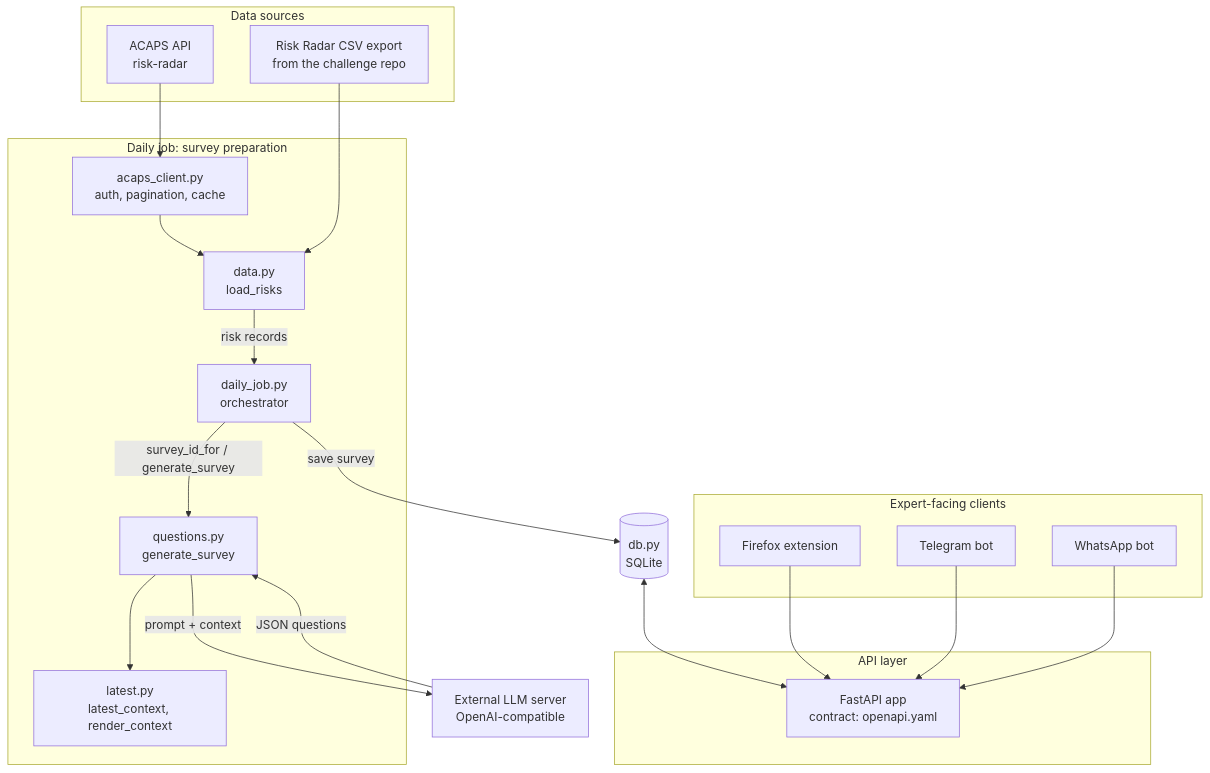
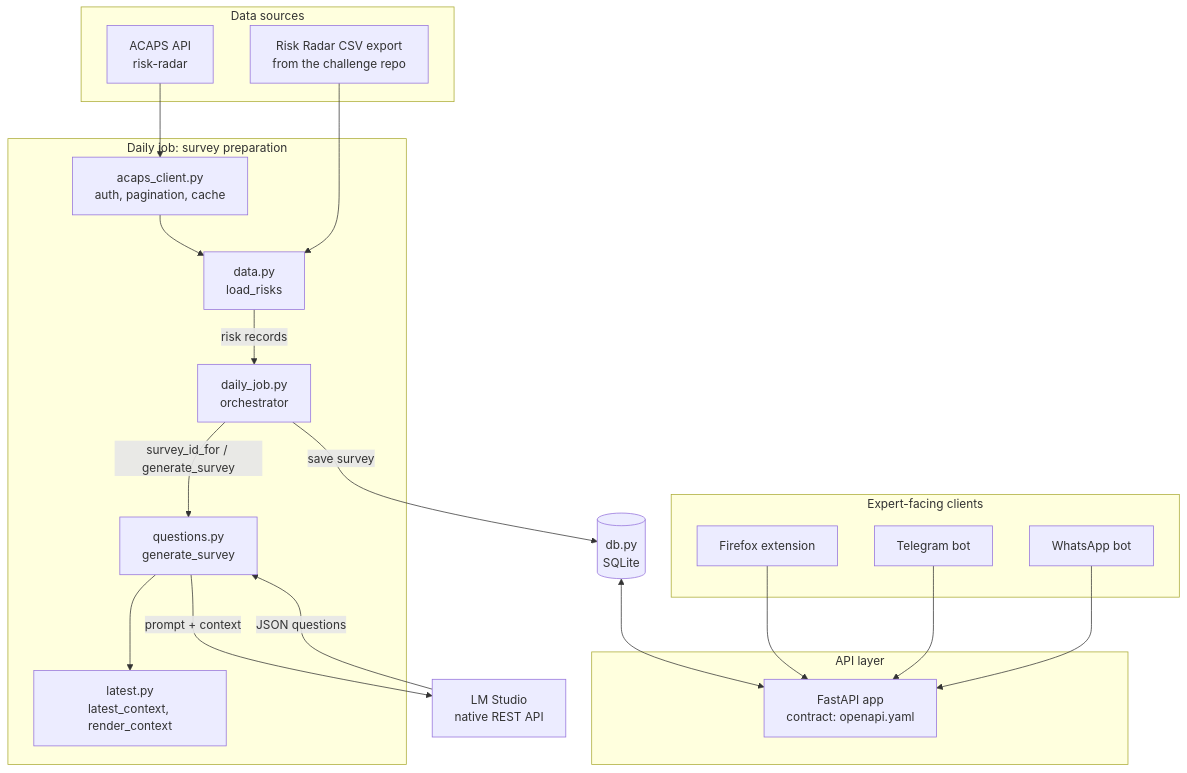
The diagram in backend/ARCHITECTURE.md (mkurapov/hackathon-for-good-2026), drawn with Mermaid before and after one commit. The commit also changed other lines of this file, not shown here.

Commit message:
Patched architecture graph

````diff
--- a/backend/ARCHITECTURE.md
+++ b/backend/ARCHITECTURE.md
@@ -9,42 +9,42 @@
 ```mermaid
 flowchart TD
     subgraph sources["Data sources"]
         ACAPS["ACAPS API<br/>risk-radar"]
         CSV["Risk Radar CSV export<br/>from the challenge repo"]
     end
 
     subgraph job["Daily job: survey preparation"]
         CLIENT["acaps_client.py<br/>auth, pagination, cache"]
         DATA["data.py<br/>load_risks"]
         DAILY["daily_job.py<br/>orchestrator"]
         LATEST["latest.py<br/>latest_context, render_context"]
         QUESTIONS["questions.py<br/>generate_survey"]
     end
 
-    LLM["External LLM server<br/>OpenAI-compatible"]
+    LLM["LM Studio<br/>native REST API"]
     DB[("db.py<br/>SQLite")]
 
     subgraph api["API layer"]
         FASTAPI["FastAPI app<br/>contract: openapi.yaml"]
     end
 
     subgraph clients["Expert-facing clients"]
         EXT["Firefox extension"]
         TG["Telegram bot"]
         WA["WhatsApp bot"]
     end
 
     ACAPS --> CLIENT --> DATA
     CSV --> DATA
     DATA -->|"risk records"| DAILY
     DAILY -->|"survey_id_for / generate_survey"| QUESTIONS
     QUESTIONS --> LATEST
     QUESTIONS -->|"prompt + context"| LLM
     LLM -->|"JSON questions"| QUESTIONS
     DAILY -->|"save survey"| DB
 
     DB <--> FASTAPI
     EXT --> FASTAPI
     TG --> FASTAPI
     WA --> FASTAPI
 ```
````
